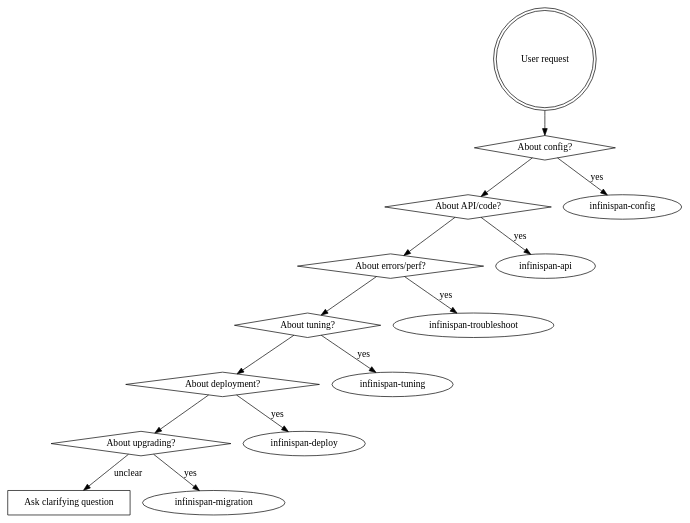
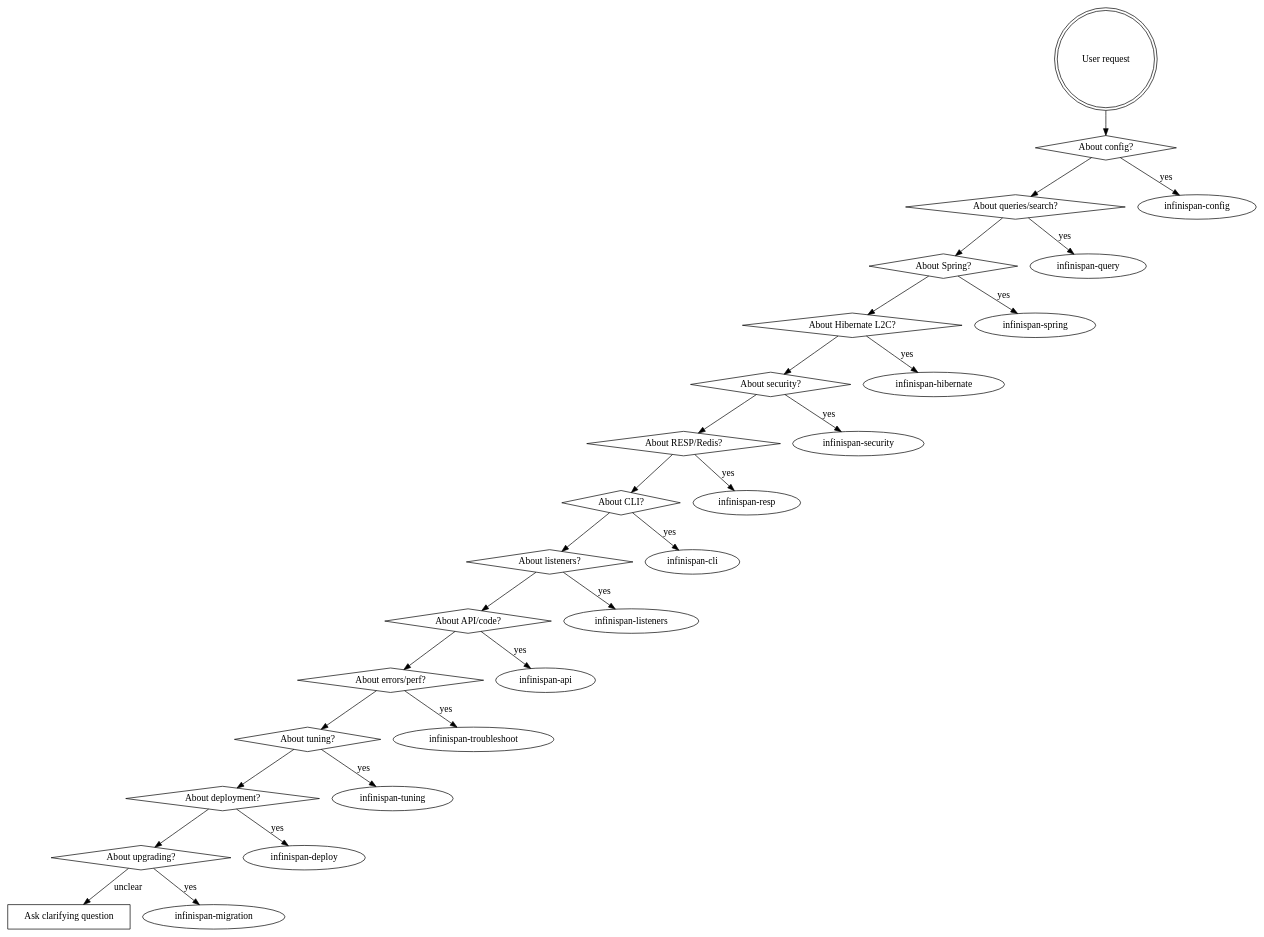
The diagram in skills/infinispan/SKILL.md (infinispan/infinispan-ai-skills), drawn with Graphviz before and after one commit. The commit also changed other lines of this file and 25 other files, not shown here.

````diff
--- a/skills/infinispan/SKILL.md
+++ b/skills/infinispan/SKILL.md
@@ -14,26 +14,47 @@
 ```dot
 digraph routing {
     "User request" [shape=doublecircle];
     "About config?" [shape=diamond];
+    "About queries/search?" [shape=diamond];
+    "About Spring?" [shape=diamond];
+    "About Hibernate L2C?" [shape=diamond];
+    "About security?" [shape=diamond];
+    "About RESP/Redis?" [shape=diamond];
+    "About CLI?" [shape=diamond];
+    "About listeners?" [shape=diamond];
     "About API/code?" [shape=diamond];
     "About errors/perf?" [shape=diamond];
     "About tuning?" [shape=diamond];
     "About deployment?" [shape=diamond];
     "About upgrading?" [shape=diamond];
     "Ask clarifying question" [shape=box];
 
     "User request" -> "About config?";
     "About config?" -> "infinispan-config" [label="yes"];
-    "About config?" -> "About API/code?";
+    "About config?" -> "About queries/search?";
+    "About queries/search?" -> "infinispan-query" [label="yes"];
+    "About queries/search?" -> "About Spring?";
+    "About Spring?" -> "infinispan-spring" [label="yes"];
+    "About Spring?" -> "About Hibernate L2C?";
+    "About Hibernate L2C?" -> "infinispan-hibernate" [label="yes"];
+    "About Hibernate L2C?" -> "About security?";
+    "About security?" -> "infinispan-security" [label="yes"];
+    "About security?" -> "About RESP/Redis?";
+    "About RESP/Redis?" -> "infinispan-resp" [label="yes"];
+    "About RESP/Redis?" -> "About CLI?";
+    "About CLI?" -> "infinispan-cli" [label="yes"];
+    "About CLI?" -> "About listeners?";
+    "About listeners?" -> "infinispan-listeners" [label="yes"];
+    "About listeners?" -> "About API/code?";
     "About API/code?" -> "infinispan-api" [label="yes"];
     "About API/code?" -> "About errors/perf?";
     "About errors/perf?" -> "infinispan-troubleshoot" [label="yes"];
     "About errors/perf?" -> "About tuning?";
     "About tuning?" -> "infinispan-tuning" [label="yes"];
     "About tuning?" -> "About deployment?";
     "About deployment?" -> "infinispan-deploy" [label="yes"];
     "About deployment?" -> "About upgrading?";
     "About upgrading?" -> "infinispan-migration" [label="yes"];
     "About upgrading?" -> "Ask clarifying question" [label="unclear"];
 }
 ```
````
